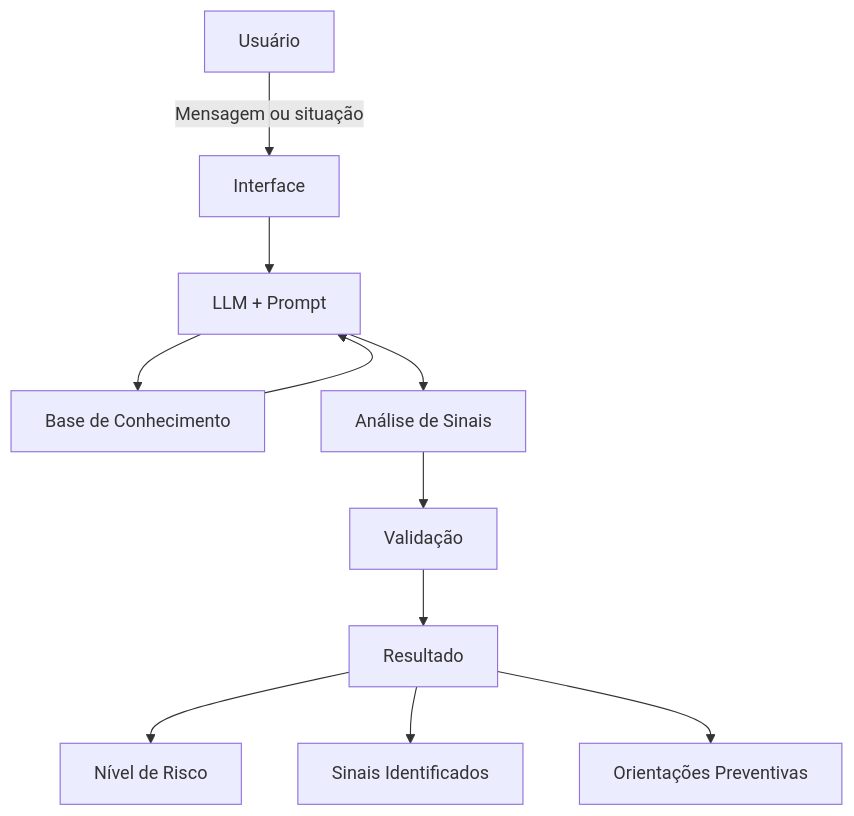
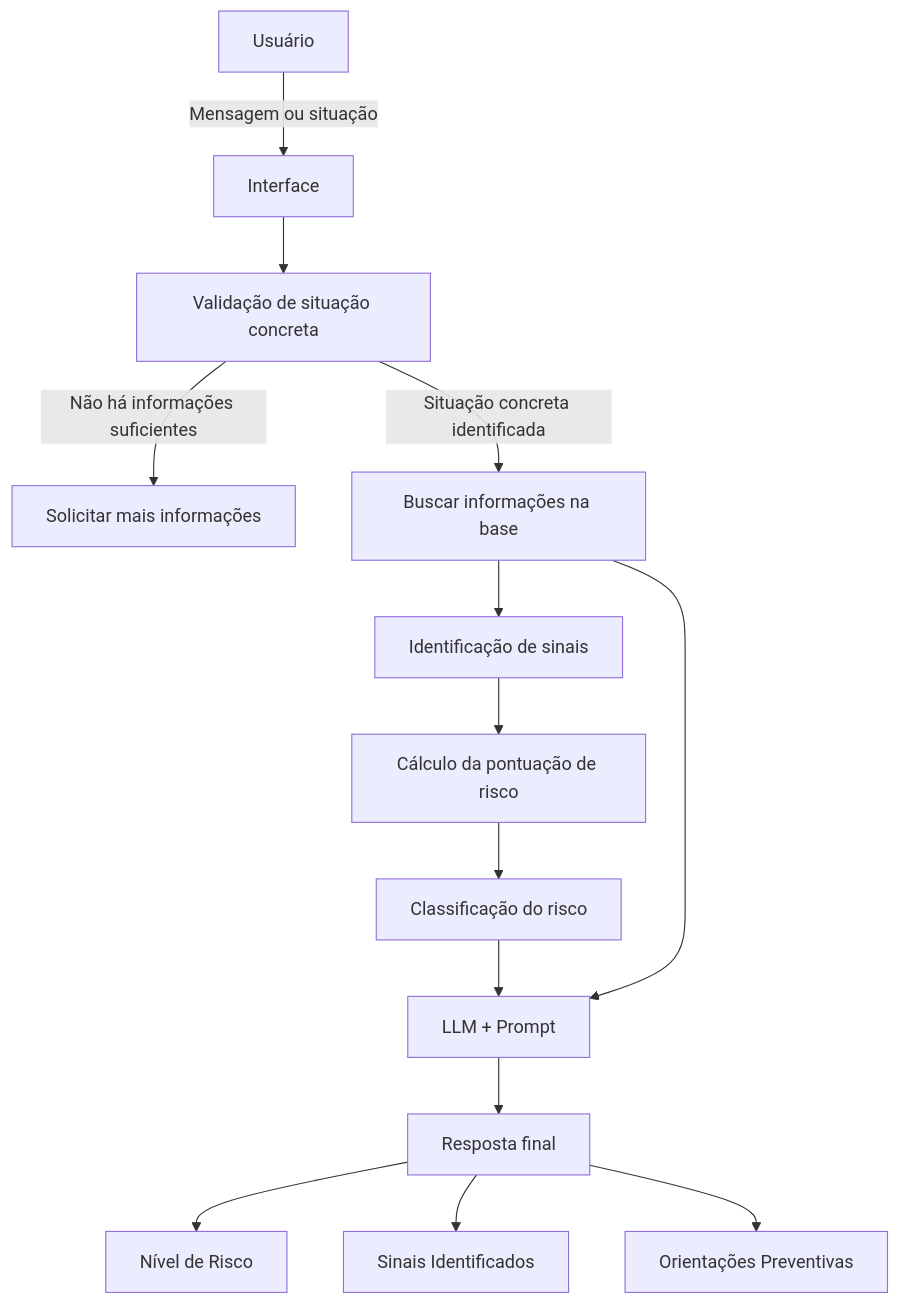
The diagram in docs/01-documentacao-agente.md (primonmari/confira-ia), drawn with Mermaid before and after one commit. The commit also changed other lines of this file, not shown here.

Commit message:
docs: atualiz diagrama documentação do agente

````diff
--- a/docs/01-documentacao-agente.md
+++ b/docs/01-documentacao-agente.md
@@ -84,13 +83,20 @@
 ```mermaid
 flowchart TD
     A[Usuário] -->|Mensagem ou situação| B[Interface]
-    B --> C[LLM + Prompt]
-    C --> D[Base de Conhecimento]
-    D --> C
-    C --> E[Análise de Sinais]
-    E --> F[Validação]
-    F --> G[Resultado]
-    G --> H[Nível de Risco]
-    G --> I[Sinais Identificados]
-    G --> J[Orientações Preventivas]
+    B --> C[Validação de situação concreta]
+
+    C -->|Não há informações suficientes| D[Solicitar mais informações]
+    C -->|Situação concreta identificada| E[Buscar informações na base]
+
+    E --> F[Identificação de sinais]
+    F --> G[Cálculo da pontuação de risco]
+    G --> H[Classificação do risco]
+
+    H --> I[LLM + Prompt]
+    E --> I
+
+    I --> J[Resposta final]
+    J --> K[Nível de Risco]
+    J --> L[Sinais Identificados]
+    J --> M[Orientações Preventivas]
 ```
````
